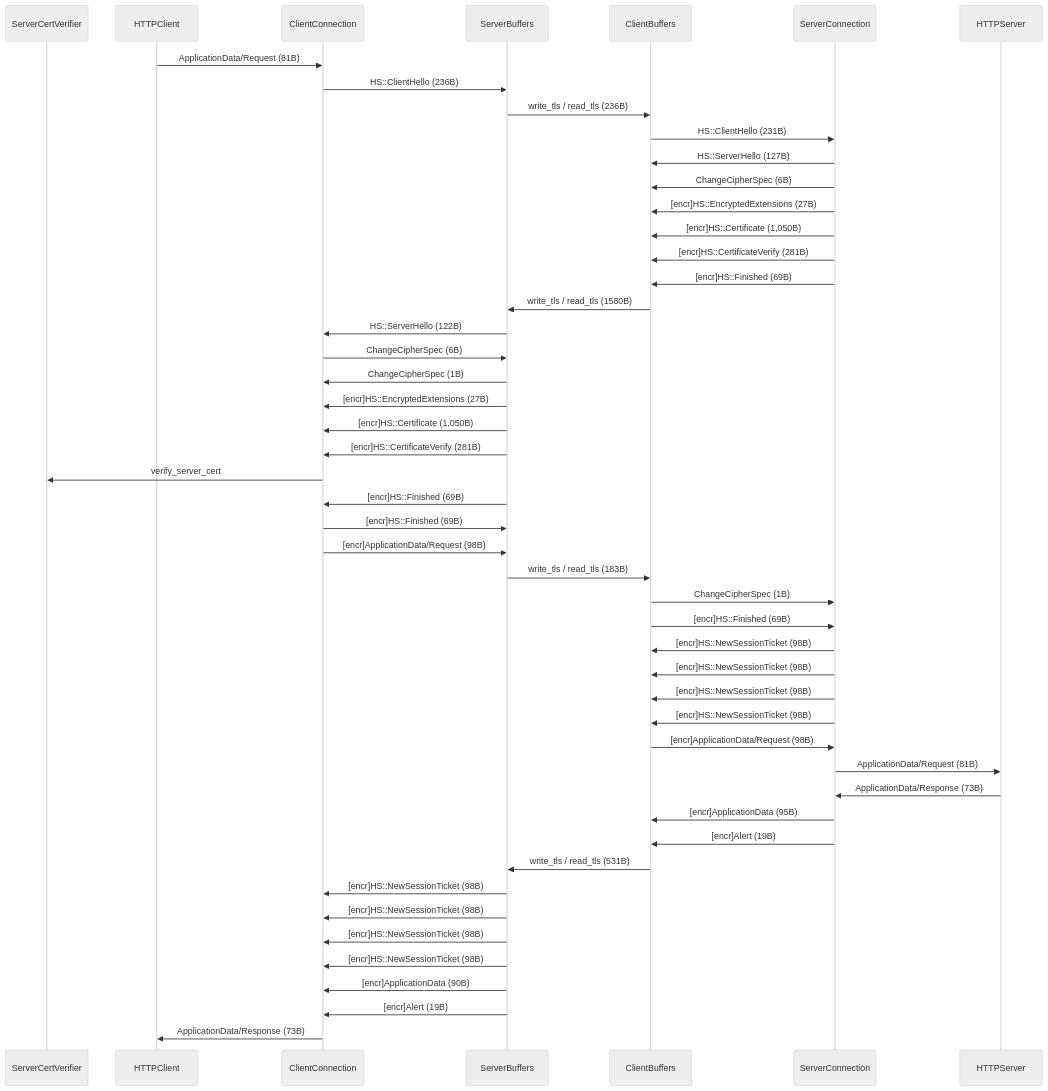
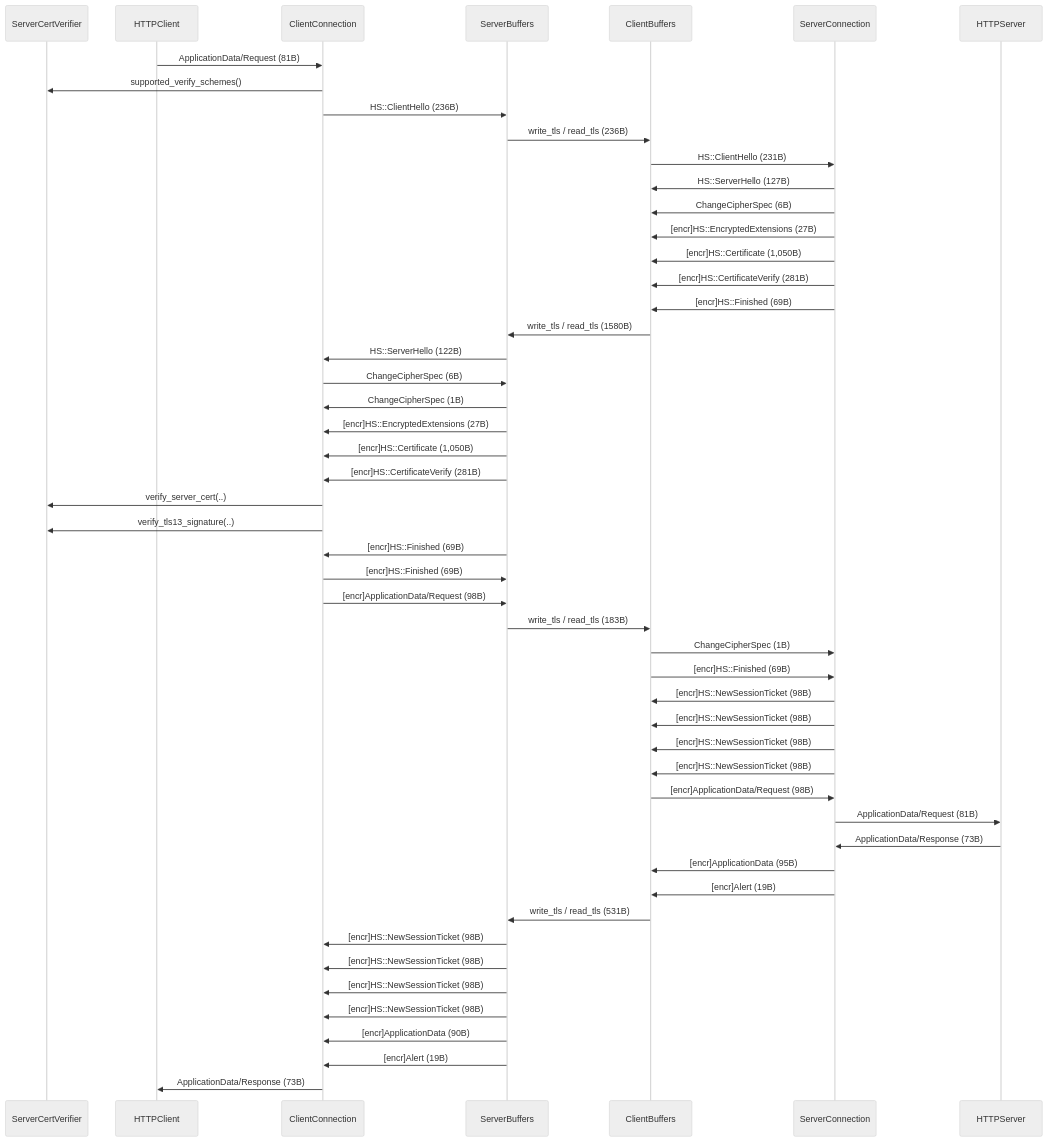
The diagram in sketch/README.md (rustls/rustls), drawn with Mermaid (neutral theme) before and after one commit. The commit also changed 2 other files, not shown here.

Commit message:
finish updating Stream API

````diff
--- a/sketch/README.md
+++ b/sketch/README.md
@@ -27,52 +27,54 @@
 ```mermaid
 sequenceDiagram
   participant ServerCertVerifier
   participant HTTPClient
 
   HTTPClient ->> ClientConnection: ApplicationData/Request (81B)
+  ClientConnection ->> ServerCertVerifier: supported_verify_schemes()
   ClientConnection ->> ServerBuffers: HS::ClientHello (236B)
   ServerBuffers ->> ClientBuffers: write_tls / read_tls (236B)
 
   ClientBuffers ->> ServerConnection: HS::ClientHello (231B)
   ServerConnection ->> ClientBuffers: HS::ServerHello (127B)
   ServerConnection ->> ClientBuffers: ChangeCipherSpec (6B)
   ServerConnection ->> ClientBuffers: [encr]HS::EncryptedExtensions (27B)
   ServerConnection ->> ClientBuffers: [encr]HS::Certificate (1,050B)
   ServerConnection ->> ClientBuffers: [encr]HS::CertificateVerify (281B)
   ServerConnection ->> ClientBuffers: [encr]HS::Finished (69B)
   ClientBuffers ->> ServerBuffers: write_tls / read_tls (1580B)
 
   ServerBuffers ->> ClientConnection: HS::ServerHello (122B)
   ClientConnection ->> ServerBuffers: ChangeCipherSpec (6B)
   ServerBuffers ->> ClientConnection: ChangeCipherSpec (1B)
   ServerBuffers ->> ClientConnection: [encr]HS::EncryptedExtensions (27B)
   ServerBuffers ->> ClientConnection: [encr]HS::Certificate (1,050B)
   ServerBuffers ->> ClientConnection: [encr]HS::CertificateVerify (281B)
-  ClientConnection ->> ServerCertVerifier: verify_server_cert
+  ClientConnection ->> ServerCertVerifier: verify_server_cert(..)
+  ClientConnection ->> ServerCertVerifier: verify_tls13_signature(..)
   ServerBuffers ->> ClientConnection: [encr]HS::Finished (69B)
   ClientConnection ->> ServerBuffers: [encr]HS::Finished (69B)
   ClientConnection ->> ServerBuffers: [encr]ApplicationData/Request (98B)
   ServerBuffers ->> ClientBuffers: write_tls / read_tls (183B)
 
   ClientBuffers ->> ServerConnection: ChangeCipherSpec (1B)
   ClientBuffers ->> ServerConnection: [encr]HS::Finished (69B)
   ServerConnection ->> ClientBuffers: [encr]HS::NewSessionTicket (98B)
   ServerConnection ->> ClientBuffers: [encr]HS::NewSessionTicket (98B)
   ServerConnection ->> ClientBuffers: [encr]HS::NewSessionTicket (98B)
   ServerConnection ->> ClientBuffers: [encr]HS::NewSessionTicket (98B)
   ClientBuffers ->> ServerConnection: [encr]ApplicationData/Request (98B)
   ServerConnection ->> HTTPServer: ApplicationData/Request (81B)
   HTTPServer ->> ServerConnection: ApplicationData/Response (73B)
   ServerConnection ->> ClientBuffers: [encr]ApplicationData (95B)
   ServerConnection ->> ClientBuffers: [encr]Alert (19B)
   ClientBuffers ->> ServerBuffers: write_tls / read_tls (531B)
 
   ServerBuffers ->> ClientConnection: [encr]HS::NewSessionTicket (98B)
   ServerBuffers ->> ClientConnection: [encr]HS::NewSessionTicket (98B)
   ServerBuffers ->> ClientConnection: [encr]HS::NewSessionTicket (98B)
   ServerBuffers ->> ClientConnection: [encr]HS::NewSessionTicket (98B)
   ServerBuffers ->> ClientConnection: [encr]ApplicationData (90B)
   ServerBuffers ->> ClientConnection: [encr]Alert (19B)
 
   ClientConnection ->> HTTPClient: ApplicationData/Response (73B)
 ```
````
